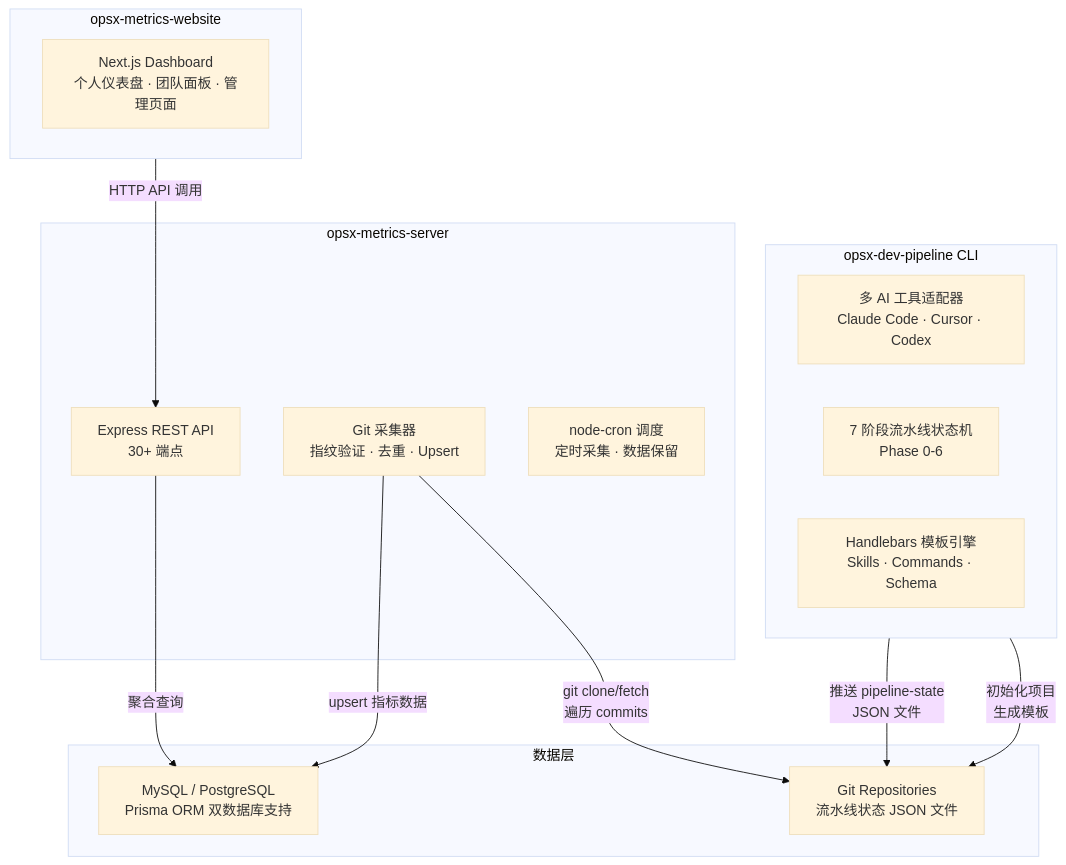
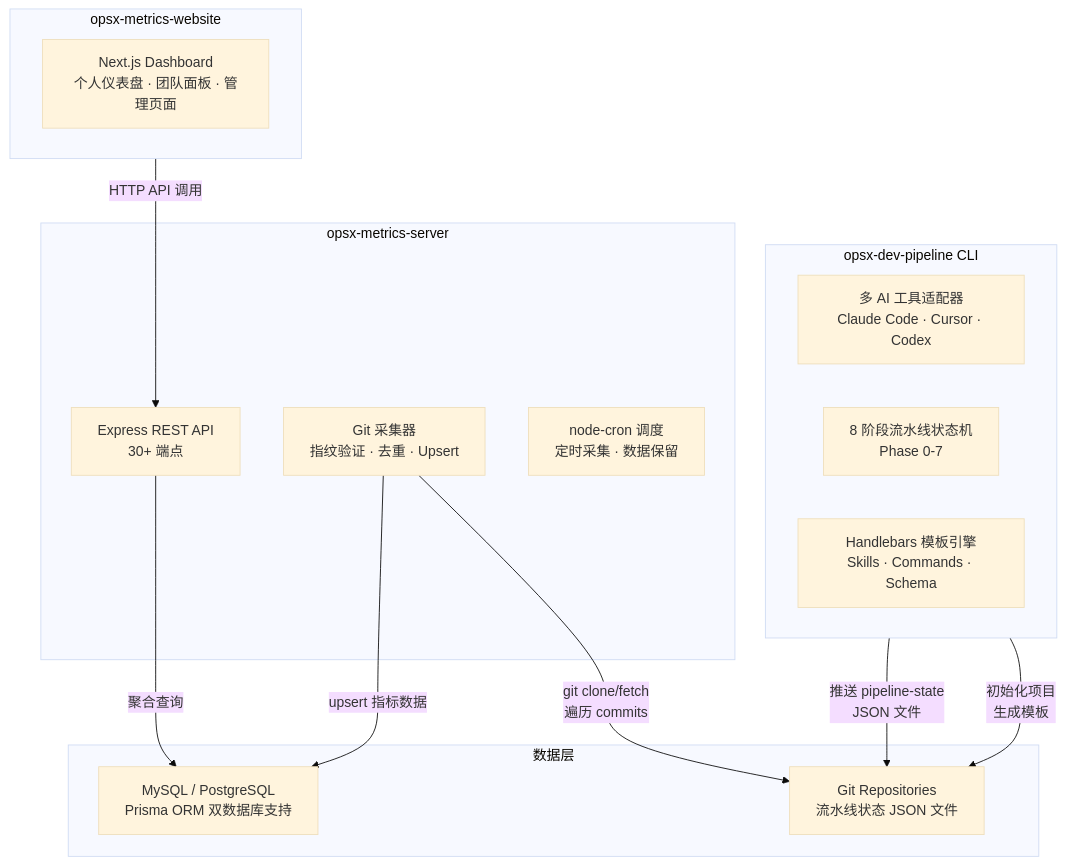
Before and after one commit to ZhaoYis/My-Skills: the first of 5 diagrams in dev-pipeline/docs/share-doc/tech-sharing-guide.md, drawn with Mermaid (base theme). The commit also changed other lines of this file and 46 other files, not shown here.

````diff
--- a/dev-pipeline/docs/share-doc/tech-sharing-guide.md
+++ b/dev-pipeline/docs/share-doc/tech-sharing-guide.md
@@ -19,30 +19,30 @@
 ```mermaid
 flowchart TB
     subgraph CLI["opsx-dev-pipeline CLI"]
         ADAPTER["多 AI 工具适配器<br/>Claude Code · Cursor · Codex"]
-        STATE_MACHINE["7 阶段流水线状态机<br/>Phase 0-6"]
+        STATE_MACHINE["8 阶段流水线状态机<br/>Phase 0-7"]
         TEMPLATES["Handlebars 模板引擎<br/>Skills · Commands · Schema"]
     end
 
     subgraph METRICS["opsx-metrics-server"]
         API["Express REST API<br/>30+ 端点"]
         COLLECTOR["Git 采集器<br/>指纹验证 · 去重 · Upsert"]
         CRON["node-cron 调度<br/>定时采集 · 数据保留"]
     end
 
     subgraph WEBSITE["opsx-metrics-website"]
         DASHBOARD["Next.js Dashboard<br/>个人仪表盘 · 团队面板 · 管理页面"]
     end
 
     subgraph STORAGE["数据层"]
         DB["MySQL / PostgreSQL<br/>Prisma ORM 双数据库支持"]
         GIT["Git Repositories<br/>流水线状态 JSON 文件"]
     end
 
     CLI -->|"初始化项目<br/>生成模板"| GIT
     CLI -->|"推送 pipeline-state<br/>JSON 文件"| GIT
     COLLECTOR -->|"git clone/fetch<br/>遍历 commits"| GIT
     COLLECTOR -->|"upsert 指标数据"| DB
     API -->|"聚合查询"| DB
     WEBSITE -->|"HTTP API 调用"| API
 ```
````
